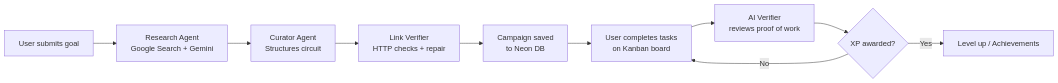
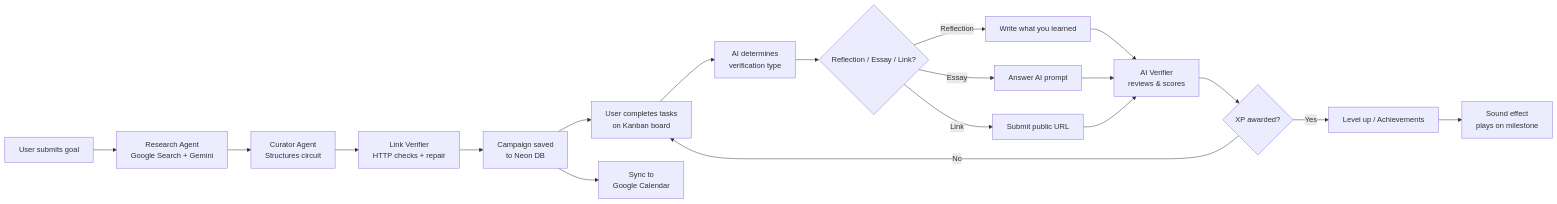
One commit to keinan21/Sana changed the diagram in README.md. Above: the diagram before and after it, drawn with Mermaid. The commit also changed other lines of this file and 3 other files, not shown here.

````diff
--- a/README.md
+++ b/README.md
@@ -65,12 +81,21 @@
 ```mermaid
 flowchart LR
     A[User submits goal] --> B[Research Agent<br>Google Search + Gemini]
     B --> C[Curator Agent<br>Structures circuit]
     C --> D[Link Verifier<br>HTTP checks + repair]
     D --> E[Campaign saved<br>to Neon DB]
     E --> F[User completes tasks<br>on Kanban board]
-    F --> G[AI Verifier<br>reviews proof of work]
-    G --> H{XP awarded?}
-    H -->|Yes| I[Level up / Achievements]
-    H -->|No| F
+    F --> G[AI determines<br>verification type]
+    G --> H{Reflection / Essay / Link?}
+    H -->|Reflection| I[Write what you learned]
+    H -->|Essay| J[Answer AI prompt]
+    H -->|Link| K[Submit public URL]
+    I --> L[AI Verifier<br>reviews & scores]
+    J --> L
+    K --> L
+    L --> M{XP awarded?}
+    M -->|Yes| N[Level up / Achievements]
+    M -->|No| F
+    E --> O[Sync to<br>Google Calendar]
+    N --> P[Sound effect<br>plays on milestone]
 ```
````
